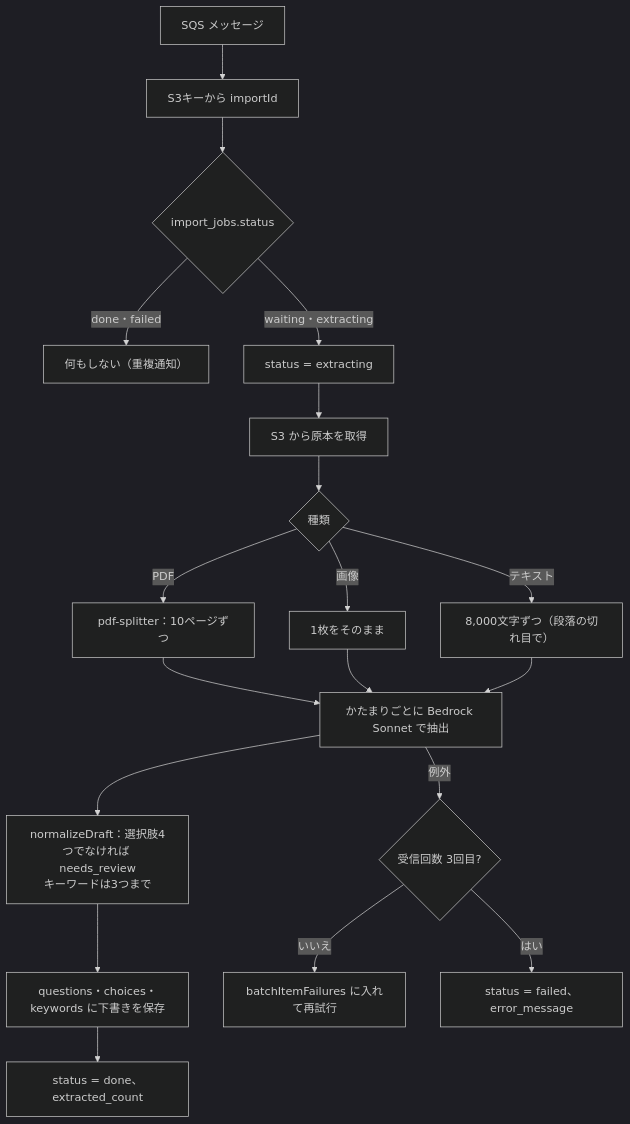
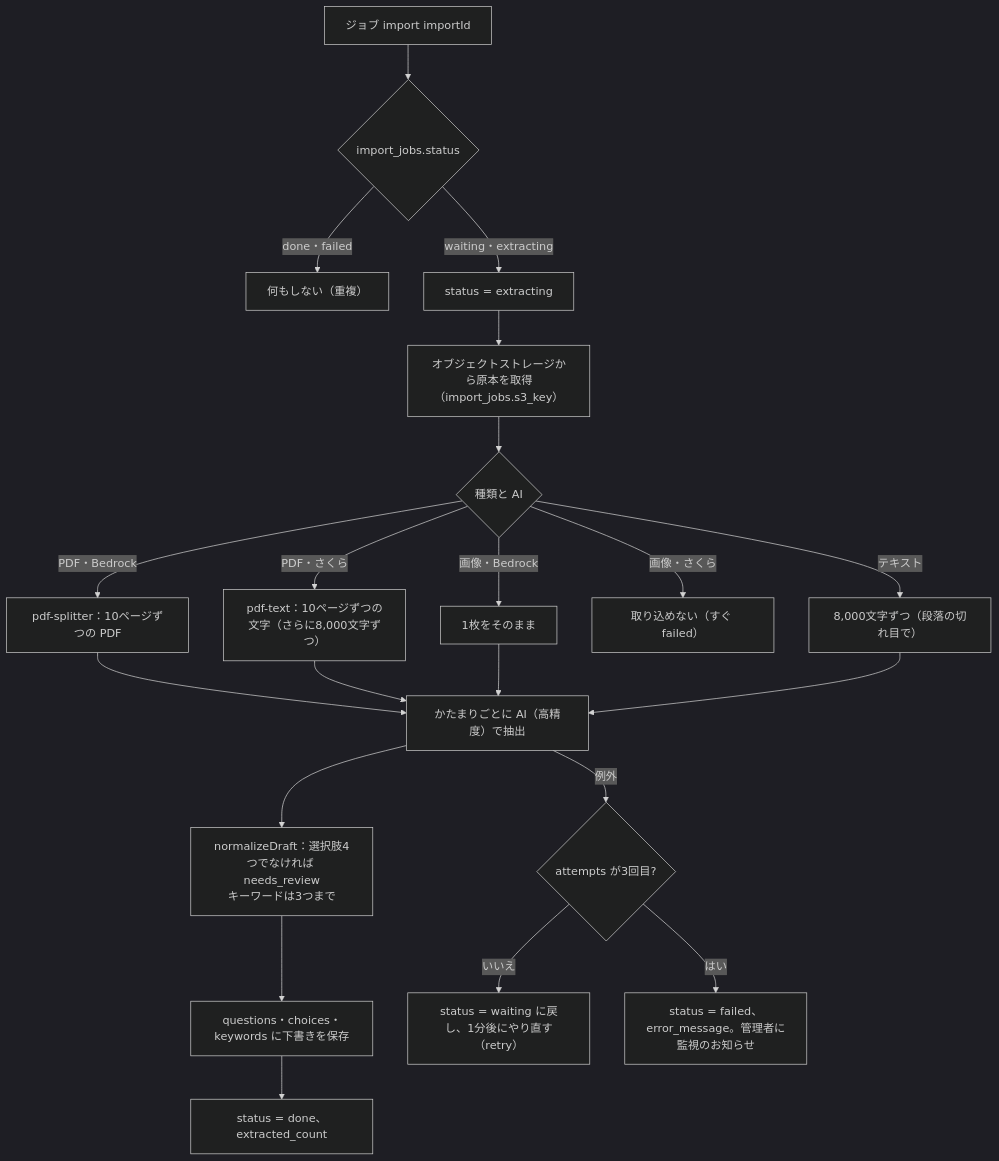
One commit to pocarialice/rpglearning changed the fourth of 7 diagrams in documents/詳細設計書_RPG学習アプリ.md. Above: the diagram before and after it, drawn with Mermaid (dark theme). The commit also changed other lines of this file and 3 other files, not shown here.

````diff
--- a/documents/詳細設計書_RPG学習アプリ.md
+++ b/documents/詳細設計書_RPG学習アプリ.md
@@ -664,21 +725,23 @@
 ```mermaid
 flowchart TD
-  A["SQS メッセージ"] --> B["S3キーから importId"]
-  B --> C{"import_jobs.status"}
-  C -->|"done・failed"| Z["何もしない（重複通知）"]
+  A["ジョブ import importId"] --> C{"import_jobs.status"}
+  C -->|"done・failed"| Z["何もしない（重複）"]
   C -->|"waiting・extracting"| D["status = extracting"]
-  D --> E["S3 から原本を取得"]
-  E --> F{"種類"}
-  F -->|"PDF"| G["pdf-splitter：10ページずつ"]
-  F -->|"画像"| H["1枚をそのまま"]
+  D --> E["オブジェクトストレージから原本を取得（import_jobs.s3_key）"]
+  E --> F{"種類と AI"}
+  F -->|"PDF・Bedrock"| G["pdf-splitter：10ページずつの PDF"]
+  F -->|"PDF・さくら"| G2["pdf-text：10ページずつの文字（さらに8,000文字ずつ）"]
+  F -->|"画像・Bedrock"| H["1枚をそのまま"]
+  F -->|"画像・さくら"| HX["取り込めない（すぐ failed）"]
   F -->|"テキスト"| I["8,000文字ずつ（段落の切れ目で）"]
-  G --> J["かたまりごとに Bedrock Sonnet で抽出"]
+  G --> J["かたまりごとに AI（高精度）で抽出"]
+  G2 --> J
   H --> J
   I --> J
   J --> K["normalizeDraft：選択肢4つでなければ needs_review<br>キーワードは3つまで"]
   K --> L["questions・choices・keywords に下書きを保存"]
   L --> M["status = done、extracted_count"]
-  J -->|"例外"| R{"受信回数 3回目?"}
-  R -->|"いいえ"| S["batchItemFailures に入れて再試行"]
-  R -->|"はい"| T["status = failed、error_message"]
+  J -->|"例外"| R{"attempts が3回目?"}
+  R -->|"いいえ"| S["status = waiting に戻し、1分後にやり直す（retry）"]
+  R -->|"はい"| T["status = failed、error_message。管理者に監視のお知らせ"]
 ```
````
